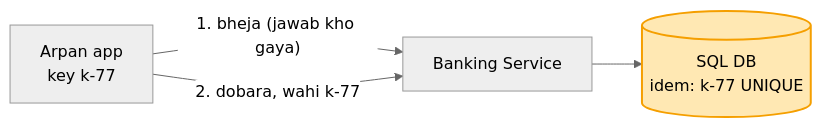
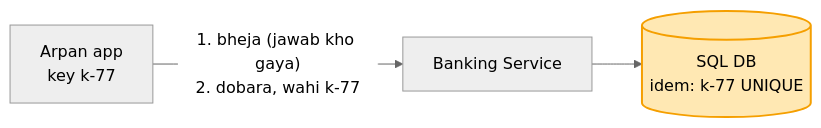
The third of 10 diagrams in 04_HLD/SYSTEM_DESIGNS/13_banking_system/13_banking_system.md (ArpanMaheshwari144/Prep), drawn with Mermaid (neutral theme) before and after one commit. The commit also changed 7 other files, not shown here.

Commit message:
HLD diagram: 13 jagah do dabbon ke beech do teer the (label dabbe pe chadhta) -> ek teer, jaata / wapas do line

````diff
--- a/04_HLD/SYSTEM_DESIGNS/13_banking_system/13_banking_system.md
+++ b/04_HLD/SYSTEM_DESIGNS/13_banking_system/13_banking_system.md
@@ -122,7 +122,6 @@
 ```mermaid
 flowchart LR
-    U["Arpan app<br/>key k-77"] -- "1. bheja (jawab kho gaya)" --> S["Banking Service"]
-    U -- "2. dobara, wahi k-77" --> S
+    U["Arpan app<br/>key k-77"] -- "1. bheja (jawab kho gaya)<br/>2. dobara, wahi k-77" --> S["Banking Service"]
     S --> D[("SQL DB<br/>idem: k-77 UNIQUE")]
     style D fill:#ffe8b3,stroke:#f59f00,stroke-width:2px,color:#000
 ```
````
